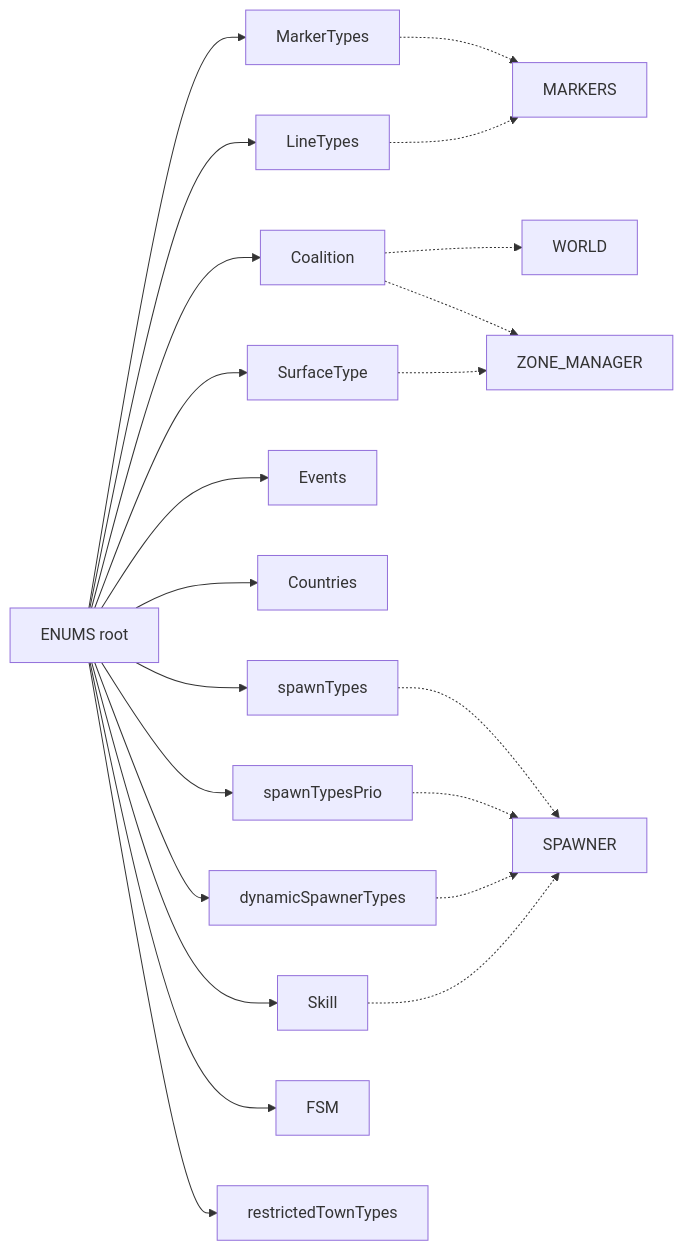
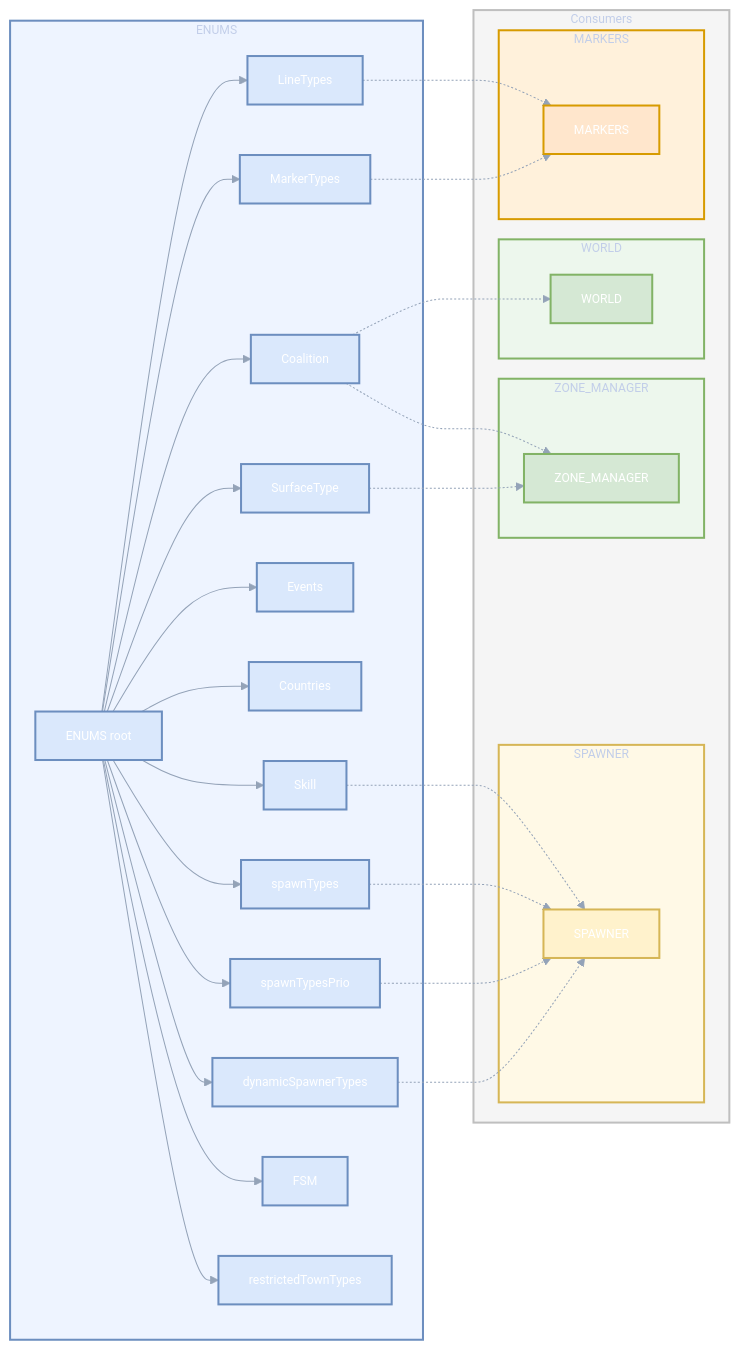
The first of 3 diagrams in docs/enums/README.md (Gh0st352/AETHR), drawn with Mermaid before and after one commit. The commit also changed other lines of this file and 7 other files, not shown here.

First line of the commit message:
docs(enums): add structured mermaid styling and subgraphs

````diff
--- a/docs/enums/README.md
+++ b/docs/enums/README.md
@@ -28,25 +28,84 @@
 ```mermaid
+%%{init: {"theme":"base", "themeVariables":{"primaryColor":"#0f172a","primaryTextColor":"#ffffff","lineColor":"#94a3b8","fontSize":"12px"}}}%%
 flowchart LR
-  E[ENUMS root] --> LT[LineTypes]
-  E --> MT[MarkerTypes]
-  E --> CO[Coalition]
-  E --> ST[SurfaceType]
-  E --> EV[Events]
-  E --> CT[Countries]
-  E --> SK[Skill]
-  E --> SP[spawnTypes]
-  E --> SPQ[spawnTypesPrio]
-  E --> DST[dynamicSpawnerTypes]
-  E --> FSM[FSM]
-  E --> RTT[restrictedTownTypes]
 
-  MT -.-> MK[MARKERS]
-  LT -.-> MK
-  CO -.-> W[WORLD]
-  CO -.-> ZM[ZONE_MANAGER]
-  ST -.-> ZM
-  SP -.-> SPN[SPAWNER]
-  SPQ -.-> SPN
-  DST -.-> SPN
-  SK -.-> SPN
+%% Classes
+classDef enums fill:#dae8fc,stroke:#6c8ebf,stroke-width:2px;
+classDef module fill:#f5f5f5,stroke:#bfbfbf,stroke-width:2px;
+classDef world fill:#d5e8d4,stroke:#82b366,stroke-width:2px;
+classDef zm fill:#d5e8d4,stroke:#82b366,stroke-width:2px;
+classDef spawner fill:#fff2cc,stroke:#d6b656,stroke-width:2px;
+classDef markers fill:#ffe6cc,stroke:#d79b00,stroke-width:2px;
+
+%% ENUMS
+subgraph sgEnums [ENUMS]
+  E[ENUMS root]
+  LT[LineTypes]
+  MT[MarkerTypes]
+  CO[Coalition]
+  ST[SurfaceType]
+  EV[Events]
+  CT[Countries]
+  SK[Skill]
+  SP[spawnTypes]
+  SPQ[spawnTypesPrio]
+  DST[dynamicSpawnerTypes]
+  FSM[FSM]
+  RTT[restrictedTownTypes]
+end
+
+%% Consumers
+subgraph sgConsumers [Consumers]
+  subgraph sgWorld [WORLD]
+    W[WORLD]
+  end
+  subgraph sgZM [ZONE_MANAGER]
+    ZM[ZONE_MANAGER]
+  end
+  subgraph sgSP [SPAWNER]
+    SPN[SPAWNER]
+  end
+  subgraph sgMK [MARKERS]
+    MK[MARKERS]
+  end
+end
+
+%% Edges
+E --> LT
+E --> MT
+E --> CO
+E --> ST
+E --> EV
+E --> CT
+E --> SK
+E --> SP
+E --> SPQ
+E --> DST
+E --> FSM
+E --> RTT
+
+MT -.-> MK
+LT -.-> MK
+CO -.-> W
+CO -.-> ZM
+ST -.-> ZM
+SP -.-> SPN
+SPQ -.-> SPN
+DST -.-> SPN
+SK -.-> SPN
+
+%% Class applications
+class E,LT,MT,CO,ST,EV,CT,SK,SP,SPQ,DST,FSM,RTT enums
+class W world
+class ZM zm
+class SPN spawner
+class MK markers
+
+%% Styles
+style sgEnums fill:#eef4ff,stroke:#6c8ebf,stroke-width:2px
+style sgConsumers fill:#f5f5f5,stroke:#bfbfbf,stroke-width:2px
+style sgWorld fill:#edf7ed,stroke:#82b366,stroke-width:2px
+style sgZM fill:#edf7ed,stroke:#82b366,stroke-width:2px
+style sgSP fill:#fff9e6,stroke:#d6b656,stroke-width:2px
+style sgMK fill:#fff1db,stroke:#d79b00,stroke-width:2px
 ```
````
